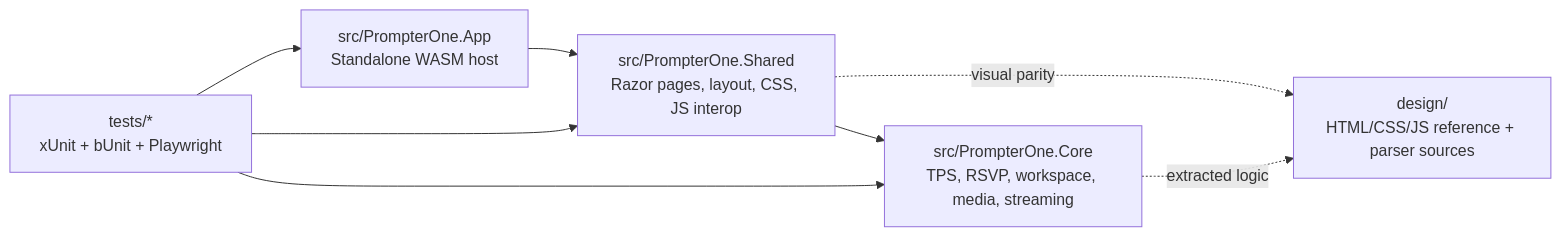
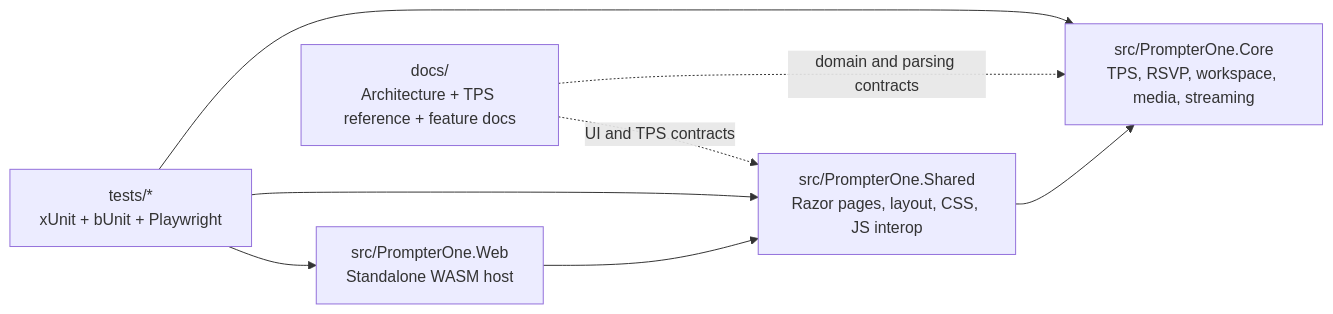
One commit to managedcode/PrompterOne changed the first of 14 diagrams in docs/Architecture.md. Above: the diagram before and after it, drawn with Mermaid. The commit also changed other lines of this file and 20 other files, not shown here.

````diff
--- a/docs/Architecture.md
+++ b/docs/Architecture.md
@@ -47,16 +47,16 @@
 ```mermaid
 flowchart LR
-    App["src/PrompterOne.App<br/>Standalone WASM host"]
+    App["src/PrompterOne.Web<br/>Standalone WASM host"]
     Shared["src/PrompterOne.Shared<br/>Razor pages, layout, CSS, JS interop"]
     Core["src/PrompterOne.Core<br/>TPS, RSVP, workspace, media, streaming"]
-    NewDesign["design/<br/>HTML/CSS/JS reference + parser sources"]
+    Docs["docs/<br/>Architecture + TPS reference + feature docs"]
     Tests["tests/*<br/>xUnit + bUnit + Playwright"]
 
     App --> Shared
     Shared --> Core
-    Shared -. visual parity .-> NewDesign
-    Core -. extracted logic .-> NewDesign
+    Docs -. UI and TPS contracts .-> Shared
+    Docs -. domain and parsing contracts .-> Core
     Tests --> App
     Tests --> Shared
     Tests --> Core
 ```
````
